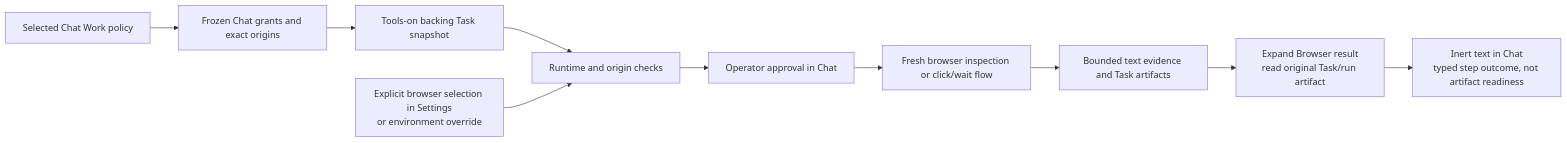
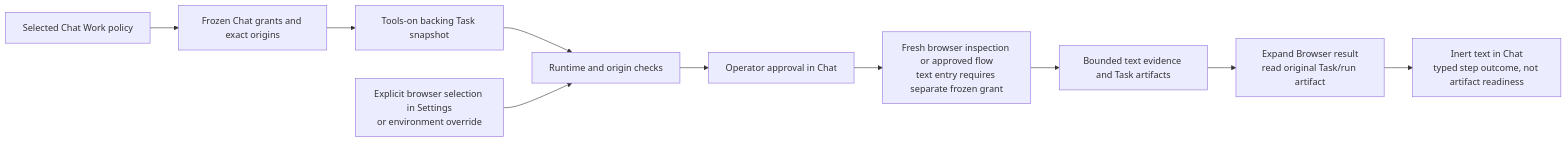
Before and after one commit to hecatehq/hecate: the first of 3 diagrams in docs/runtime/chat-sessions.md, drawn with Mermaid. The commit also changed other lines of this file and 58 other files, not shown here.

Commit message:
feat(browser): add explicitly approved non-secret text entry

````diff
--- a/docs/runtime/chat-sessions.md
+++ b/docs/runtime/chat-sessions.md
@@ -230,12 +236,12 @@
 ```mermaid
 flowchart LR
     Policy["Selected Chat Work policy"] --> Snapshot["Frozen Chat grants and exact origins"]
     Snapshot --> Task["Tools-on backing Task snapshot"]
     Task --> Gate["Runtime and origin checks"]
     Setup["Explicit browser selection in Settings<br/>or environment override"] --> Gate
     Gate --> Approval["Operator approval in Chat"]
-    Approval --> Browser["Fresh browser inspection or click/wait flow"]
+    Approval --> Browser["Fresh browser inspection or approved flow<br/>text entry requires separate frozen grant"]
     Browser --> Evidence["Bounded text evidence and Task artifacts"]
     Evidence --> Read["Expand Browser result<br/>read original Task/run artifact"]
     Read --> Chat["Inert text in Chat<br/>typed step outcome, not artifact readiness"]
 ```
````
